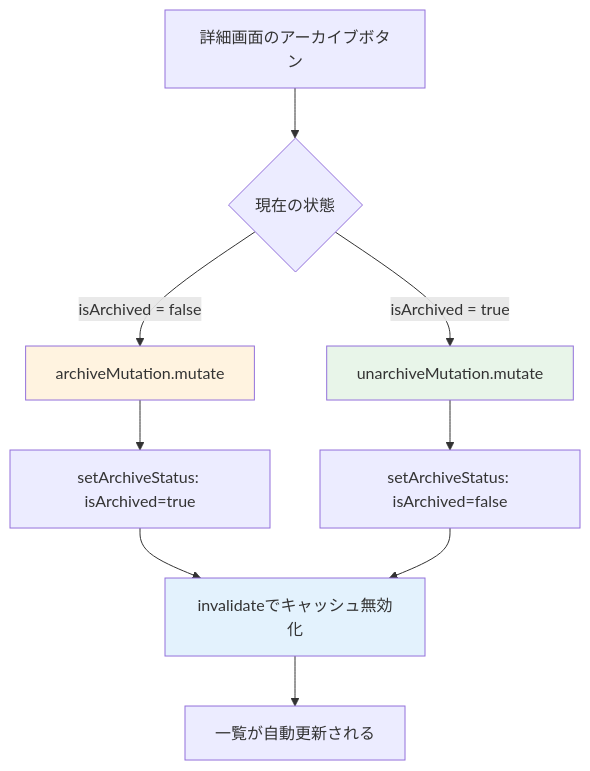
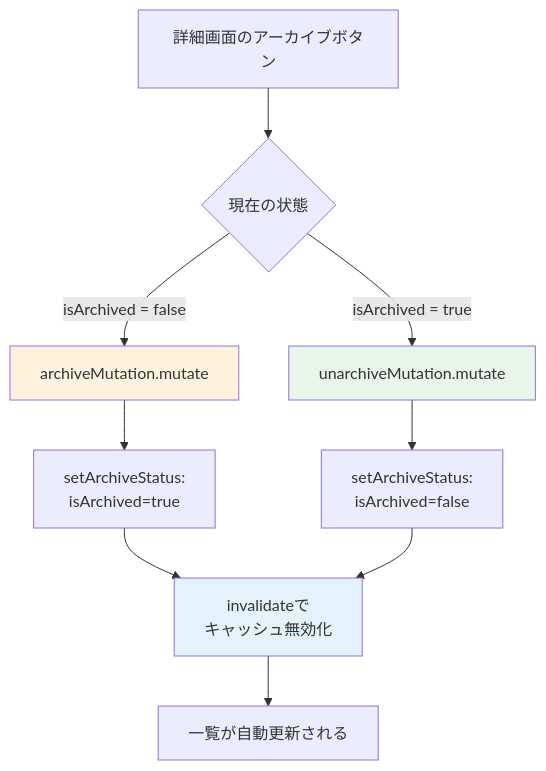
The third of 3 diagrams in material/30days-curriculum/day11_プロジェクト編集・削除.md (kouiso/task-app), drawn with Mermaid before and after one commit. The commit also changed other lines of this file and 24 other files, not shown here.

First line of the commit message:
fix(material): Mermaid 図のファイル名キャプションとノード途中折れを直す (#457) (#718)

````diff
--- a/material/30days-curriculum/day11_プロジェクト編集・削除.md
+++ b/material/30days-curriculum/day11_プロジェクト編集・削除.md
@@ -909,15 +909,15 @@
 ```mermaid
 flowchart TD
     A[詳細画面のアーカイブボタン] --> B{現在の状態}
     B -->|isArchived = false| C[archiveMutation.mutate]
     B -->|isArchived = true| D[unarchiveMutation.mutate]
-    C --> E[setArchiveStatus: isArchived=true]
-    D --> F[setArchiveStatus: isArchived=false]
-    E --> G[invalidateでキャッシュ無効化]
+    C --> E[setArchiveStatus:<br/>isArchived=true]
+    D --> F[setArchiveStatus:<br/>isArchived=false]
+    E --> G[invalidateで<br/>キャッシュ無効化]
     F --> G
     G --> H[一覧が自動更新される]
 
     style C fill:#fff3e0
     style D fill:#e8f5e9
     style G fill:#e3f2fd
 ```
````
